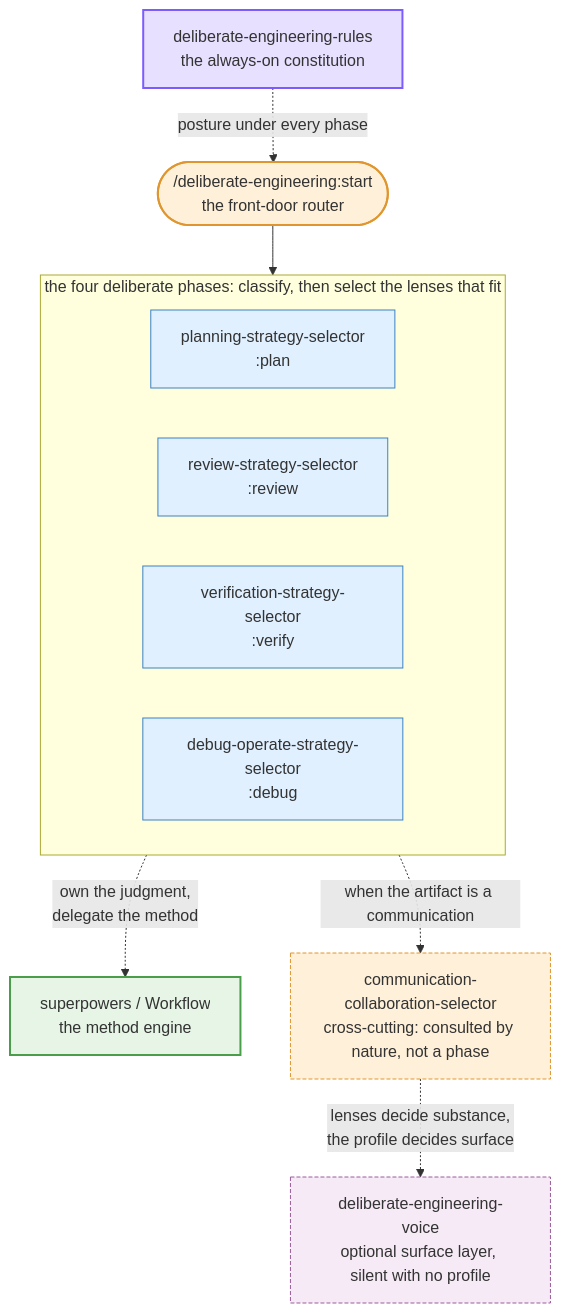
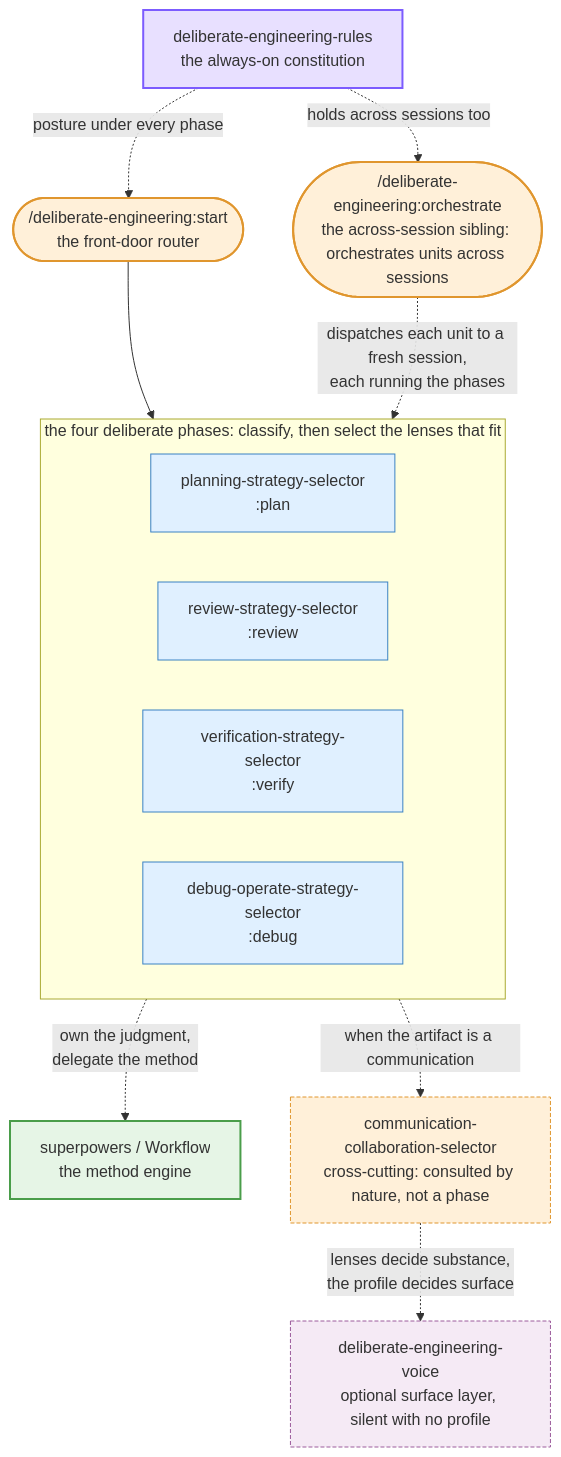
One commit to lucasfugisawa/deliberate-engineering changed the first of 2 diagrams in docs/architecture-and-usage.md. Above: the diagram before and after it, drawn with Mermaid. The commit also changed other lines of this file and 7 other files, not shown here.

````diff
--- a/docs/architecture-and-usage.md
+++ b/docs/architecture-and-usage.md
@@ -11,33 +11,36 @@
 ```mermaid
 flowchart TD
     rules["deliberate-engineering-rules<br/>the always-on constitution"]
     start(["/deliberate-engineering:start<br/>the front-door router"])
+    orchestrate(["/deliberate-engineering:orchestrate<br/>the across-session sibling: orchestrates units across sessions"])
     subgraph phases["the four deliberate phases: classify, then select the lenses that fit"]
         plan["planning-strategy-selector<br/>:plan"]
         review["review-strategy-selector<br/>:review"]
         verify["verification-strategy-selector<br/>:verify"]
         debug["debug-operate-strategy-selector<br/>:debug"]
     end
     engine["superpowers / Workflow<br/>the method engine"]
     comms["communication-collaboration-selector<br/>cross-cutting: consulted by nature, not a phase"]
     voice["deliberate-engineering-voice<br/>optional surface layer, silent with no profile"]
 
     rules -.->|posture under every phase| start
+    rules -.->|holds across sessions too| orchestrate
     start --> phases
+    orchestrate -.->|dispatches each unit to a fresh session,<br/>each running the phases| phases
     phases -.->|own the judgment,<br/>delegate the method| engine
     phases -.->|when the artifact is a communication| comms
     comms -.->|lenses decide substance,<br/>the profile decides surface| voice
 
     classDef constitution fill:#e8e0ff,stroke:#7c5cff,stroke-width:2px;
     classDef router fill:#fff0d9,stroke:#e0962e,stroke-width:2px;
     classDef phase fill:#e0f0ff,stroke:#3b82c4,stroke-width:1px;
     classDef engine fill:#e6f5e6,stroke:#4a9d4a,stroke-width:2px;
     classDef comms fill:#fff0d9,stroke:#e0962e,stroke-width:1px,stroke-dasharray:4 2;
     classDef voice fill:#f5eaf5,stroke:#9c5c9c,stroke-width:1px,stroke-dasharray:4 2;
     class rules constitution
-    class start router
+    class start,orchestrate router
     class plan,review,verify,debug phase
     class engine engine
     class comms comms
     class voice voice
 ```
````
